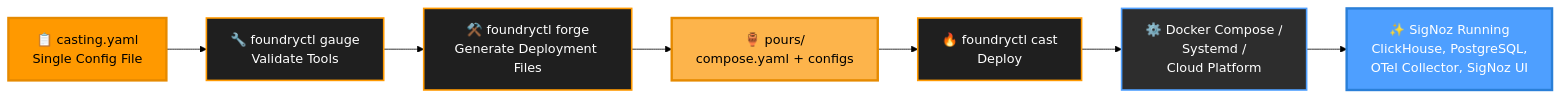
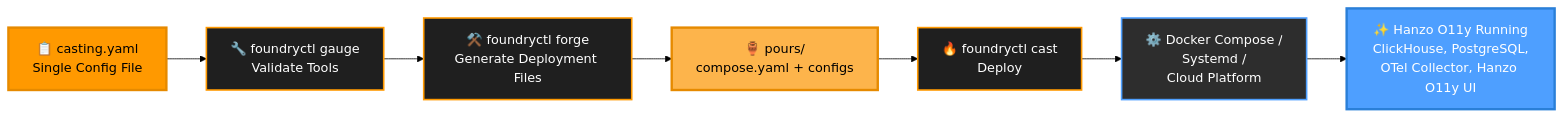
The diagram in README.md (hanzoai/o11y-foundry), drawn with Mermaid (forest theme) before and after one commit. The commit also changed other lines of this file and 100 other files, not shown here.

First line of the commit message:
feat: rebrand SigNoz Foundry → Hanzo O11y Foundry

````diff
--- a/README.md
+++ b/README.md
@@ -96,18 +96,18 @@
 ```mermaid
 graph LR
     A[📋 casting.yaml<br/>Single Config File] --> B[🔧 foundryctl gauge<br/>Validate Tools]
     B --> C[⚒️ foundryctl forge<br/>Generate Deployment Files]
     C --> D[🏺 pours/<br/>compose.yaml + configs]
 
     D --> E[🔥 foundryctl cast<br/>Deploy]
     E --> F[⚙️ Docker Compose /<br/>Systemd /<br/>Cloud Platform]
-    F --> G[✨ SigNoz Running<br/>ClickHouse, PostgreSQL,<br/>OTel Collector, SigNoz UI]
+    F --> G[✨ Hanzo O11y Running<br/>ClickHouse, PostgreSQL,<br/>OTel Collector, Hanzo O11y UI]
 
     style A fill:#FF9900,stroke:#E68A00,stroke-width:3px,color:#000
     style D fill:#FDB44B,stroke:#E68A00,stroke-width:3px,color:#000
     style G fill:#4E9FFF,stroke:#2A7FD8,stroke-width:3px,color:#fff
     style B fill:#1F1F1F,stroke:#FF9900,stroke-width:2px,color:#fff
     style C fill:#1F1F1F,stroke:#FF9900,stroke-width:2px,color:#fff
     style E fill:#1F1F1F,stroke:#FF9900,stroke-width:2px,color:#fff
     style F fill:#2D2D2D,stroke:#4E9FFF,stroke-width:2px,color:#fff
 ```
````
